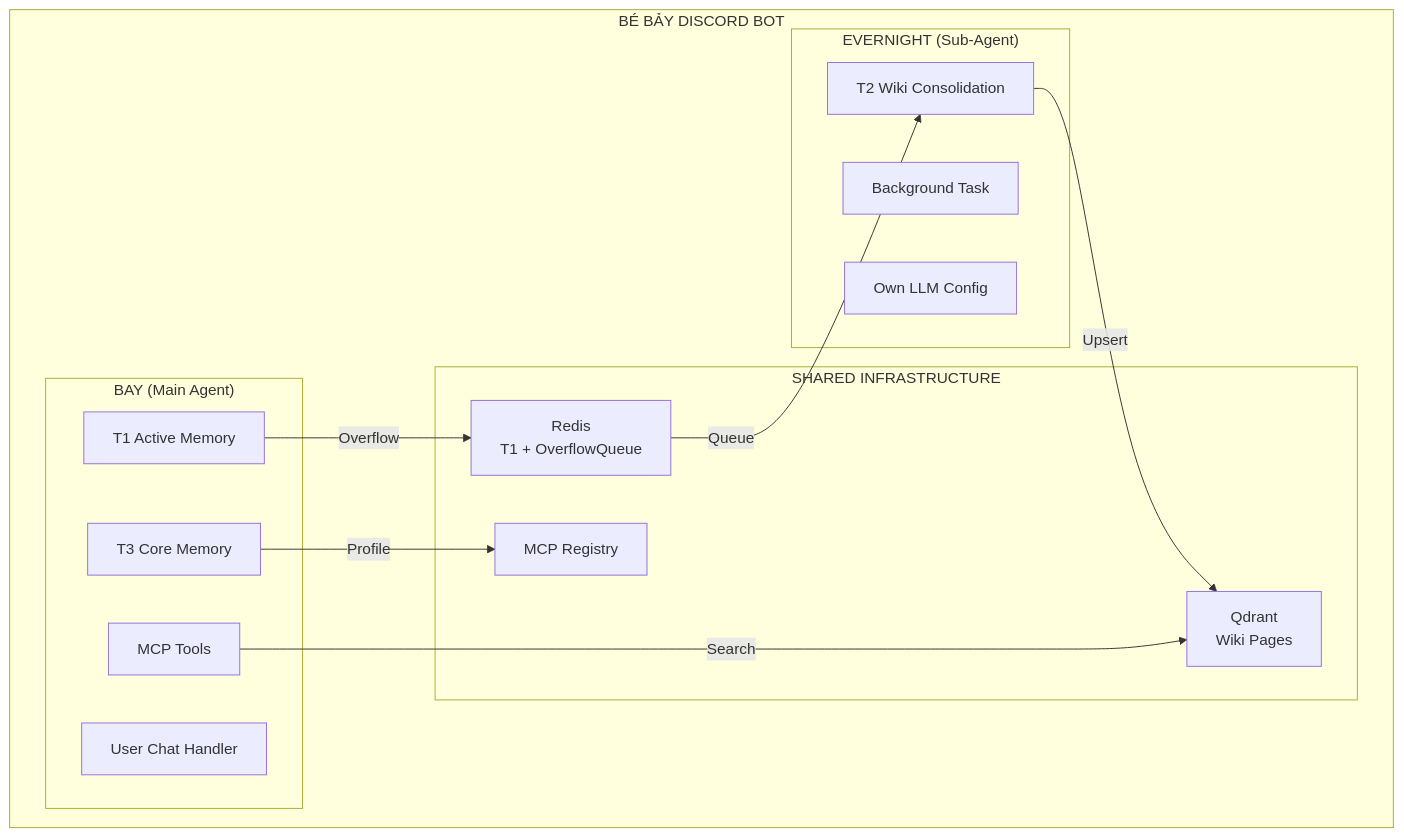
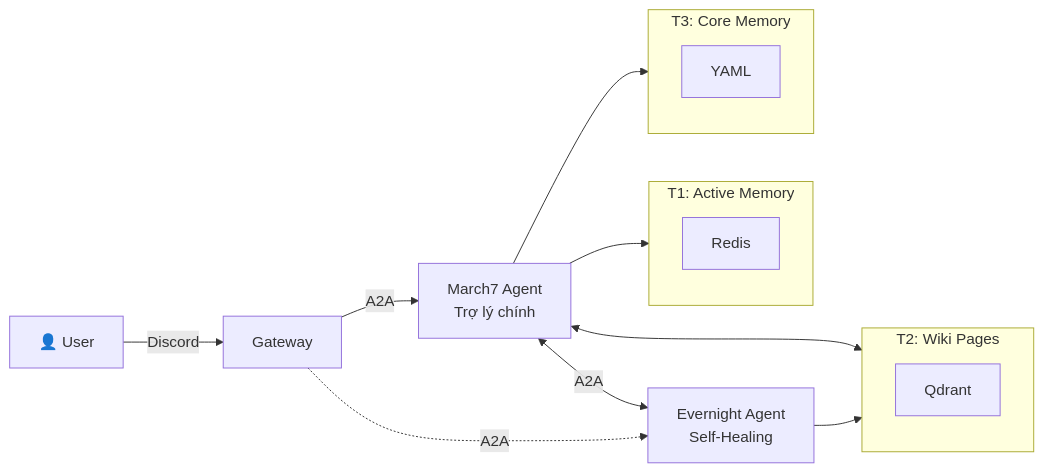
Before and after one commit to Flowerf19/Harness_agent: the diagram in README.MD, drawn with Mermaid. The commit also changed other lines of this file and 3 other files, not shown here.

First line of the commit message:
Rewrite all READMEs for Twin-Soul Agent architecture with self-healing

````diff
--- a/README.MD
+++ b/README.MD
@@ -23,29 +28,24 @@
 ```mermaid
-flowchart TB
-    subgraph Bot["BÉ BẢY DISCORD BOT"]
-        subgraph Bay["BAY (Main Agent)"]
-            B1["T1 Active Memory"]
-            B2["T3 Core Memory"]
-            B3["MCP Tools"]
-            B4["User Chat Handler"]
-        end
+flowchart LR
+    User["👤 User"] -->|"Discord"| GW["Gateway"]
+    GW -->|"A2A"| M7["March7 Agent<br/>Trợ lý chính"]
+    GW -.->|"A2A"| EV["Evernight Agent<br/>Self-Healing"]
+    M7 <-->|"A2A"| EV
 
-        subgraph Evernight["EVERNIGHT (Sub-Agent)"]
-            E1["T2 Wiki Consolidation"]
-            E2["Background Task"]
-            E3["Own LLM Config"]
-        end
+    subgraph T1["T1: Active Memory"]
+        R["Redis"]
+    end
 
-        subgraph Shared["SHARED INFRASTRUCTURE"]
-            S1["Redis<br/>T1 + OverflowQueue"]
-            S2["Qdrant<br/>Wiki Pages"]
-            S3["MCP Registry"]
-        end
+    subgraph T2["T2: Wiki Pages"]
+        Q["Qdrant"]
+    end
 
-        B1 -->|"Overflow"| S1
-        S1 -->|"Queue"| E1
-        E1 -->|"Upsert"| S2
-        B3 -->|"Search"| S2
-        B2 -->|"Profile"| S3
+    subgraph T3["T3: Core Memory"]
+        Y["YAML"]
     end
+
+    M7 --> T1
+    M7 --> T3
+    EV --> T2
+    M7 <--> T2
 ```
````
